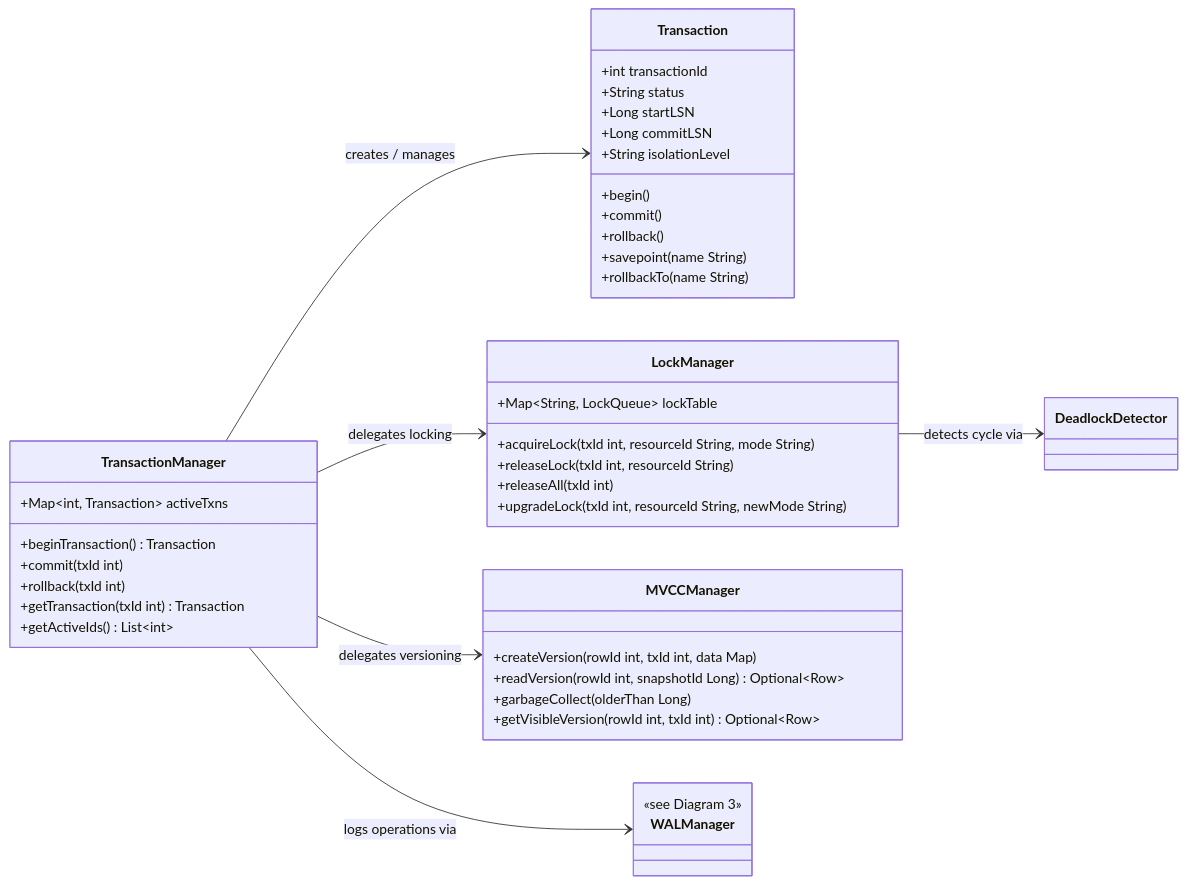
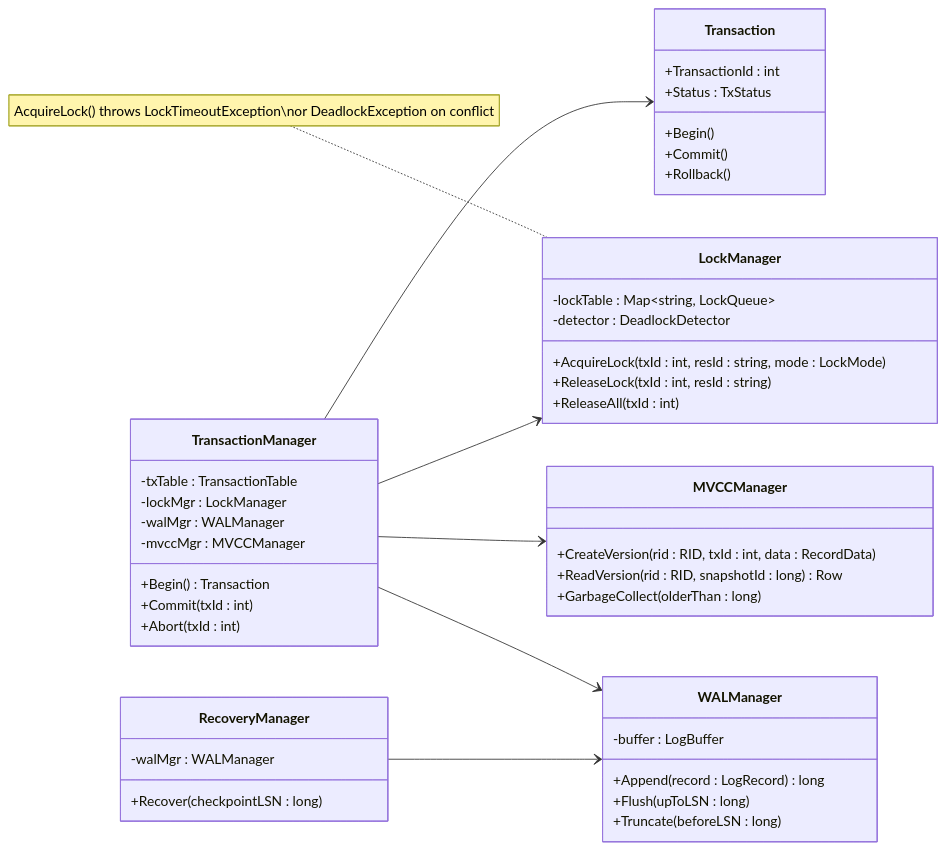
The sixth of 9 diagrams in README.md (Hagiakhanh/bbv-dbms), drawn with Mermaid before and after one commit. The commit also changed other lines of this file, not shown here.

Commit message:
list integration test

````diff
--- a/README.md
+++ b/README.md
@@ -543,51 +1013,48 @@
 ```mermaid
 classDiagram
 direction LR
-
-    class Transaction {
-        +int transactionId
-        +String status
-        +Long startLSN
-        +Long commitLSN
-        +String isolationLevel
-        +begin()
-        +commit()
-        +rollback()
-        +savepoint(name String)
-        +rollbackTo(name String)
-    }
-
-    class TransactionManager {
-        +Map~int, Transaction~ activeTxns
-        +beginTransaction() Transaction
-        +commit(txId int)
-        +rollback(txId int)
-        +getTransaction(txId int) Transaction
-        +getActiveIds() List~int~
-    }
-
-    class LockManager {
-        +Map~String, LockQueue~ lockTable
-        +acquireLock(txId int, resourceId String, mode String)
-        +releaseLock(txId int, resourceId String)
-        +releaseAll(txId int)
-        +upgradeLock(txId int, resourceId String, newMode String)
-    }
-
-    class MVCCManager {
-        +createVersion(rowId int, txId int, data Map)
-        +readVersion(rowId int, snapshotId Long) Optional~Row~
-        +garbageCollect(olderThan Long)
-        +getVisibleVersion(rowId int, txId int) Optional~Row~
-    }
-
-    class WALManager {
-        <<see Diagram 3>>
-    }
-
-    TransactionManager --> Transaction  : creates / manages
-    TransactionManager --> LockManager  : delegates locking
-    TransactionManager --> MVCCManager  : delegates versioning
-    TransactionManager --> WALManager   : logs operations via
-    LockManager --> DeadlockDetector    : detects cycle via
+class TransactionManager {
+    -txTable : TransactionTable
+    -lockMgr : LockManager
+    -walMgr : WALManager
+    -mvccMgr : MVCCManager
+    +Begin() Transaction
+    +Commit(txId : int)
+    +Abort(txId : int)
+}
+class Transaction {
+    +TransactionId : int
+    +Status : TxStatus
+    +Begin()
+    +Commit()
+    +Rollback()
+}
+class LockManager {
+    -lockTable : Map~string, LockQueue~
+    -detector : DeadlockDetector
+    +AcquireLock(txId : int, resId : string, mode : LockMode)
+    +ReleaseLock(txId : int, resId : string)
+    +ReleaseAll(txId : int)
+}
+note for LockManager "AcquireLock() throws LockTimeoutException\nor DeadlockException on conflict"
+class MVCCManager {
+    +CreateVersion(rid : RID, txId : int, data : RecordData)
+    +ReadVersion(rid : RID, snapshotId : long) Row
+    +GarbageCollect(olderThan : long)
+}
+class WALManager {
+    -buffer : LogBuffer
+    +Append(record : LogRecord) long
+    +Flush(upToLSN : long)
+    +Truncate(beforeLSN : long)
+}
+class RecoveryManager {
+    -walMgr : WALManager
+    +Recover(checkpointLSN : long)
+}
+TransactionManager --> Transaction
+TransactionManager --> LockManager
+TransactionManager --> MVCCManager
+TransactionManager --> WALManager
+RecoveryManager --> WALManager
 ```
````
